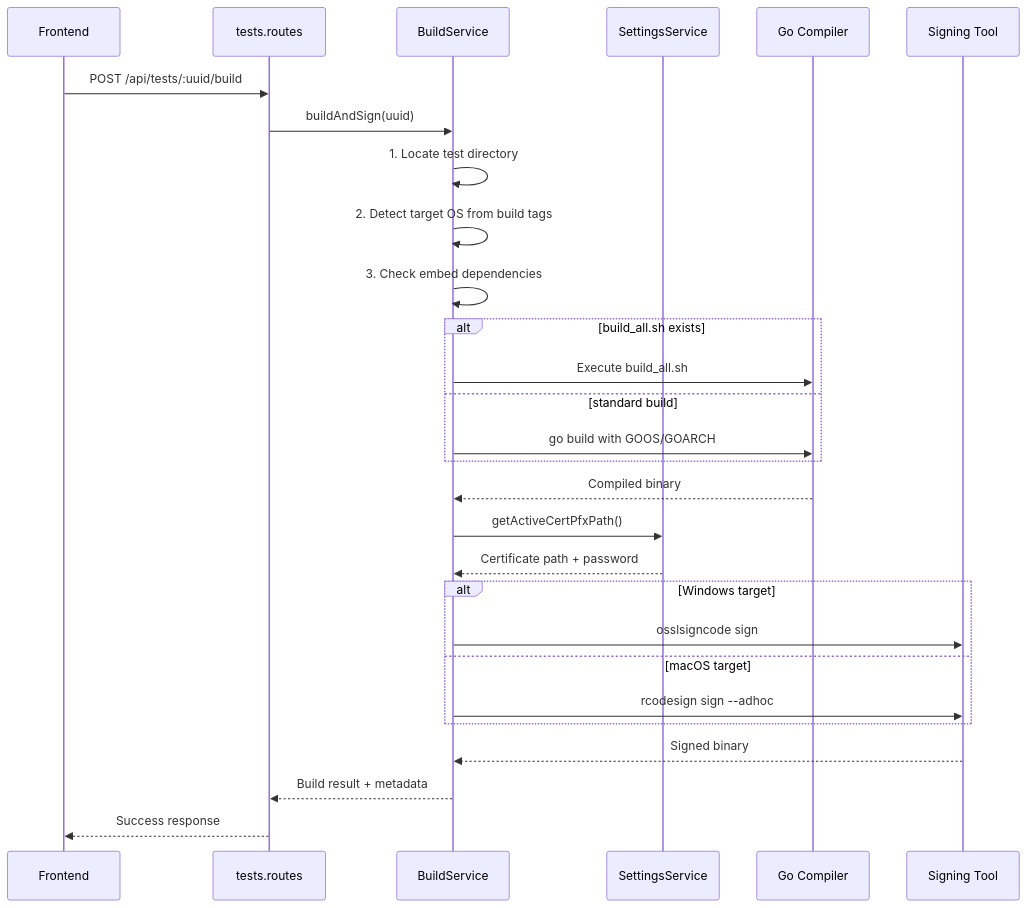
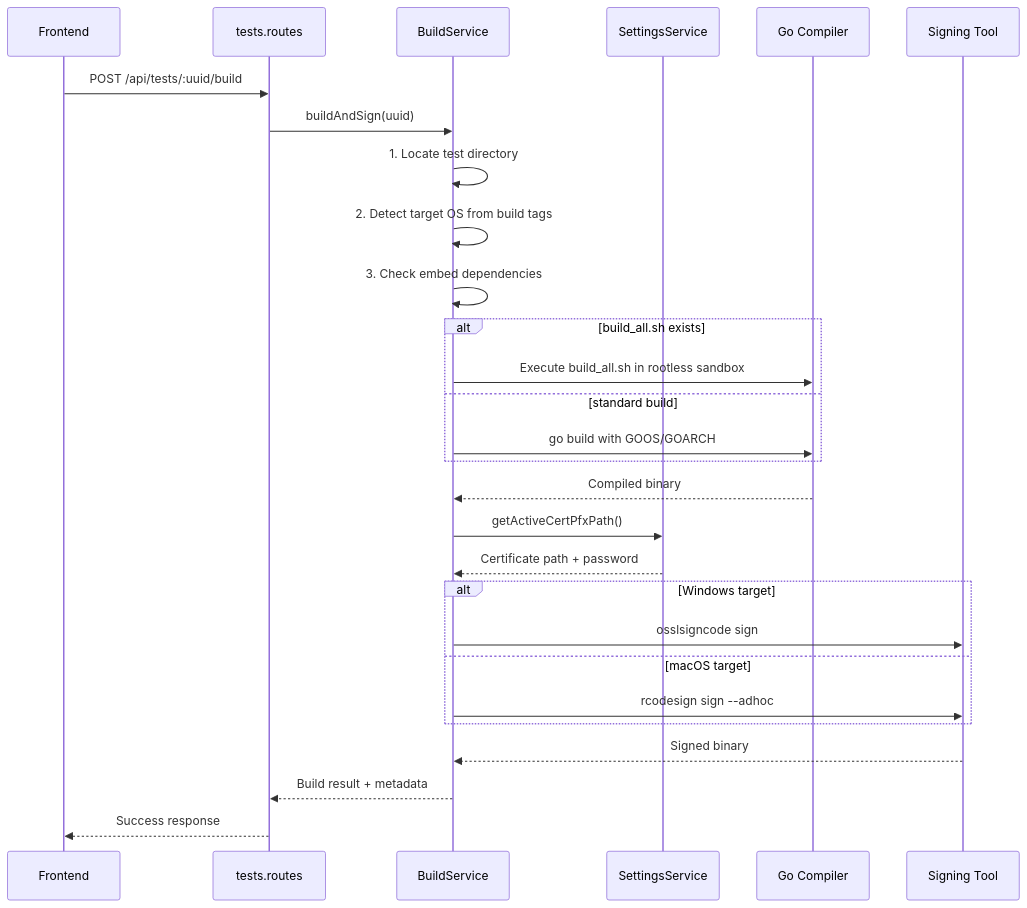
Before and after one commit to projectachilles/ProjectAchilles: the second of 3 diagrams in wiki/docs/developer-guide/backend/test-management-service.md, drawn with Mermaid. The commit also changed other lines of this file and 10 other files, not shown here.

````diff
--- a/wiki/docs/developer-guide/backend/test-management-service.md
+++ b/wiki/docs/developer-guide/backend/test-management-service.md
@@ -55,31 +55,31 @@
 ```mermaid
 sequenceDiagram
     participant UI as Frontend
     participant API as tests.routes
     participant BS as BuildService
     participant SS as SettingsService
     participant GO as Go Compiler
     participant SIGN as Signing Tool
 
     UI->>API: POST /api/tests/:uuid/build
     API->>BS: buildAndSign(uuid)
     BS->>BS: 1. Locate test directory
     BS->>BS: 2. Detect target OS from build tags
     BS->>BS: 3. Check embed dependencies
     alt build_all.sh exists
-        BS->>GO: Execute build_all.sh
+        BS->>GO: Execute build_all.sh in rootless sandbox
     else standard build
         BS->>GO: go build with GOOS/GOARCH
     end
     GO-->>BS: Compiled binary
     BS->>SS: getActiveCertPfxPath()
     SS-->>BS: Certificate path + password
     alt Windows target
         BS->>SIGN: osslsigncode sign
     else macOS target
         BS->>SIGN: rcodesign sign --adhoc
     end
     SIGN-->>BS: Signed binary
     BS-->>API: Build result + metadata
     API-->>UI: Success response
 ```
````
